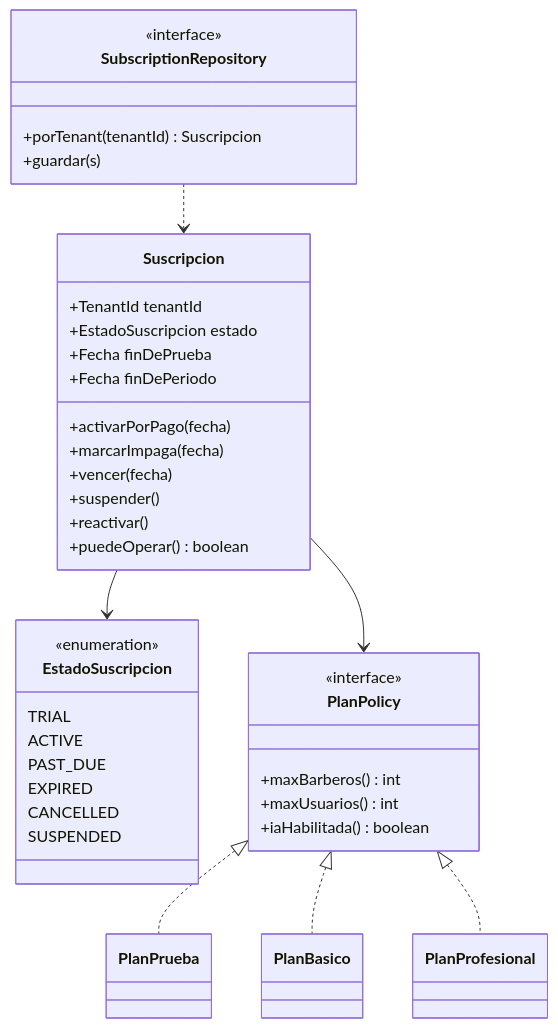
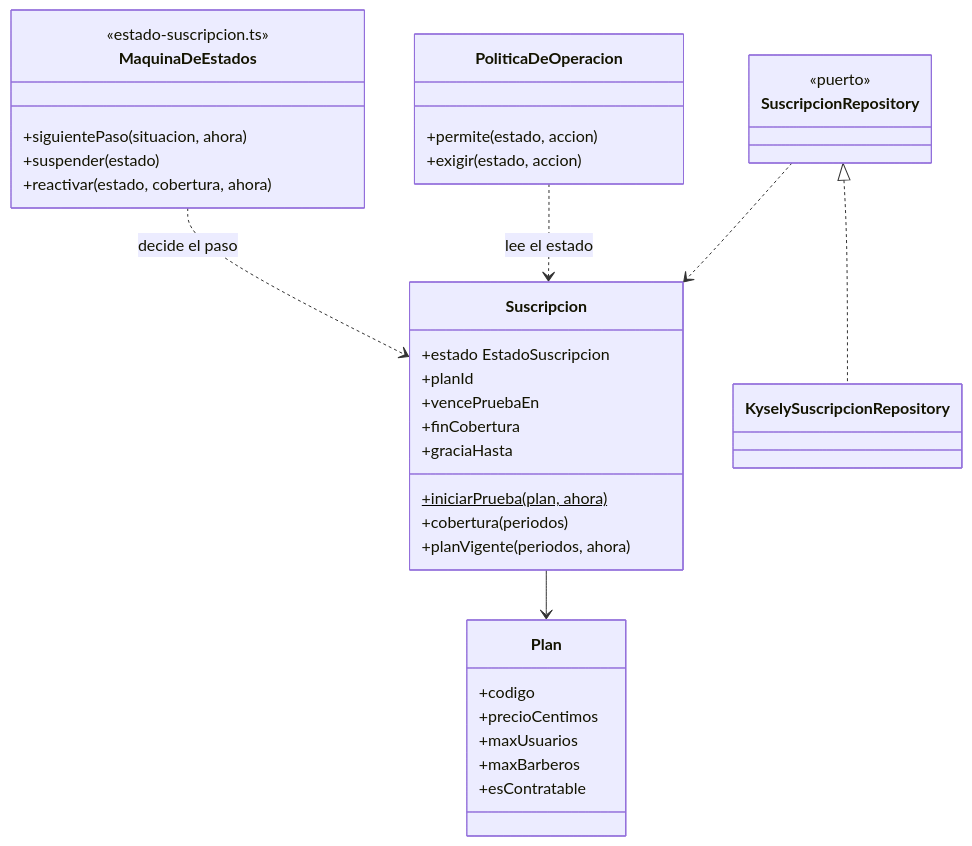
Before and after one commit to semcham/proyecto-final-barberia-ayacucho: the seventh of 9 diagrams in docs/03-diseño-de-software/diseño-interno/diseño-interno-de-modulos.md, drawn with Mermaid. The commit also changed other lines of this file and 67 other files, not shown here.

Commit message:
docs: documentación y diagramas coherentes con 001, 002, 003 .... 006

````diff
--- a/docs/03-diseño-de-software/diseño-interno/diseño-interno-de-modulos.md
+++ b/docs/03-diseño-de-software/diseño-interno/diseño-interno-de-modulos.md
@@ -322,44 +350,39 @@
 ```mermaid
 classDiagram
     class Suscripcion {
-        +TenantId tenantId
-        +EstadoSuscripcion estado
-        +Fecha finDePrueba
-        +Fecha finDePeriodo
-        +activarPorPago(fecha)
-        +marcarImpaga(fecha)
-        +vencer(fecha)
-        +suspender()
-        +reactivar()
-        +puedeOperar() boolean
+        +estado EstadoSuscripcion
+        +planId
+        +vencePruebaEn
+        +finCobertura
+        +graciaHasta
+        +iniciarPrueba(plan, ahora)$
+        +cobertura(periodos)
+        +planVigente(periodos, ahora)
     }
-    class EstadoSuscripcion {
-        <<enumeration>>
-        TRIAL
-        ACTIVE
-        PAST_DUE
-        EXPIRED
-        CANCELLED
-        SUSPENDED
+    class Plan {
+        +codigo
+        +precioCentimos
+        +maxUsuarios
+        +maxBarberos
+        +esContratable
     }
-    class PlanPolicy {
-        <<interface>>
-        +maxBarberos() int
-        +maxUsuarios() int
-        +iaHabilitada() boolean
+    class MaquinaDeEstados {
+        <<estado-suscripcion.ts>>
+        +siguientePaso(situacion, ahora)
+        +suspender(estado)
+        +reactivar(estado, cobertura, ahora)
     }
-    class PlanPrueba
-    class PlanBasico
-    class PlanProfesional
-    class SubscriptionRepository {
-        <<interface>>
-        +porTenant(tenantId) Suscripcion
-        +guardar(s)
+    class PoliticaDeOperacion {
+        +permite(estado, accion)
+        +exigir(estado, accion)
     }
-    Suscripcion --> EstadoSuscripcion
-    Suscripcion --> PlanPolicy
-    PlanPolicy <|.. PlanPrueba
-    PlanPolicy <|.. PlanBasico
-    PlanPolicy <|.. PlanProfesional
-    SubscriptionRepository ..> Suscripcion
+    class SuscripcionRepository {
+        <<puerto>>
+    }
+    class KyselySuscripcionRepository
+    Suscripcion --> Plan
+    MaquinaDeEstados ..> Suscripcion : decide el paso
+    PoliticaDeOperacion ..> Suscripcion : lee el estado
+    SuscripcionRepository <|.. KyselySuscripcionRepository
+    SuscripcionRepository ..> Suscripcion
 ```
````
